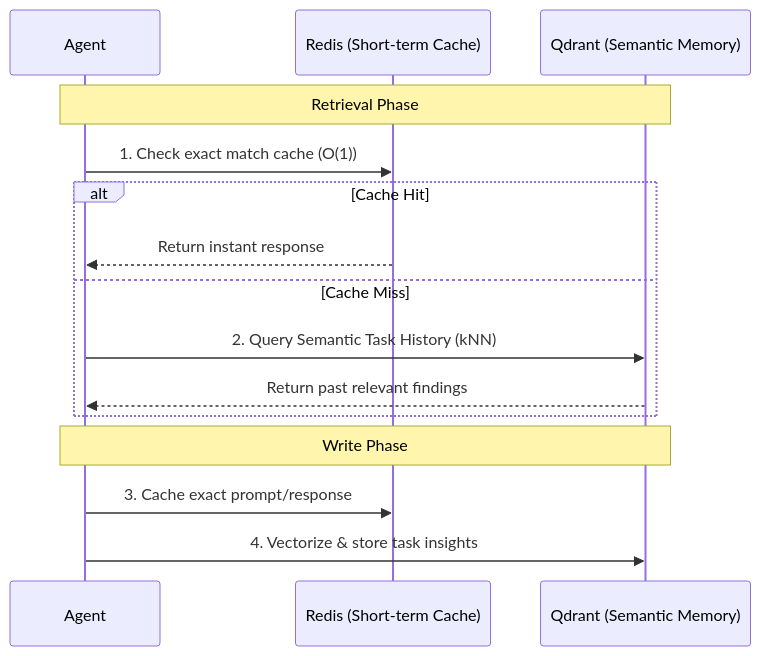
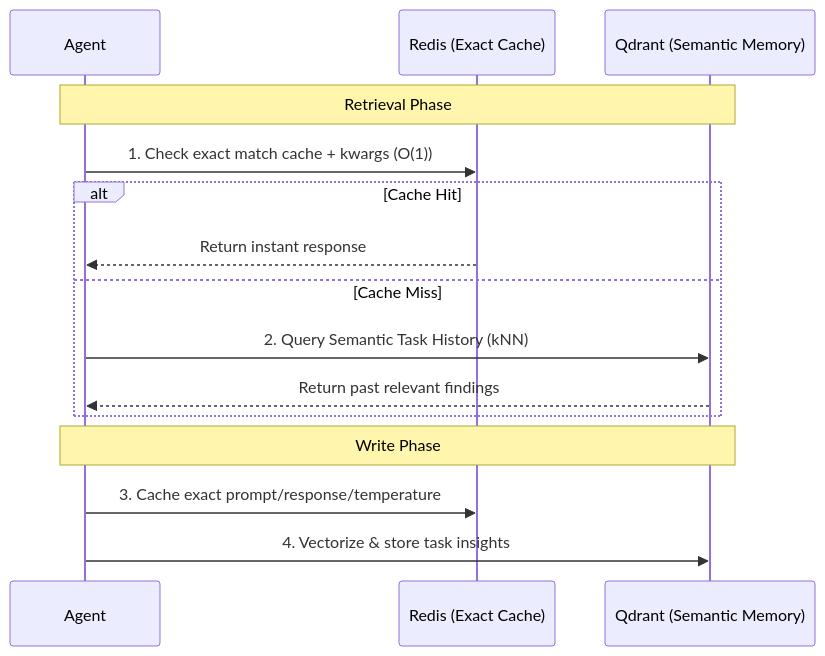
Before and after one commit to Ahmedsaeedd1/Multi-Agent-Orchestration-Platform: the second of 2 diagrams in README.md, drawn with Mermaid. The commit also changed other lines of this file and 3 other files, not shown here.

Commit message:
docs: update README with latest architecture and provider stack

````diff
--- a/README.md
+++ b/README.md
@@ -34,19 +43,19 @@
 ```mermaid
 sequenceDiagram
     participant Agent
-    participant Redis as Redis (Short-term Cache)
+    participant Redis as Redis (Exact Cache)
     participant Qdrant as Qdrant (Semantic Memory)
     
     Note over Agent, Qdrant: Retrieval Phase
-    Agent->>Redis: 1. Check exact match cache (O(1))
+    Agent->>Redis: 1. Check exact match cache + kwargs (O(1))
     alt Cache Hit
         Redis-->>Agent: Return instant response
     else Cache Miss
         Agent->>Qdrant: 2. Query Semantic Task History (kNN)
         Qdrant-->>Agent: Return past relevant findings
     end
 
     Note over Agent, Qdrant: Write Phase
-    Agent->>Redis: 3. Cache exact prompt/response
+    Agent->>Redis: 3. Cache exact prompt/response/temperature
     Agent->>Qdrant: 4. Vectorize & store task insights
 ```
````
